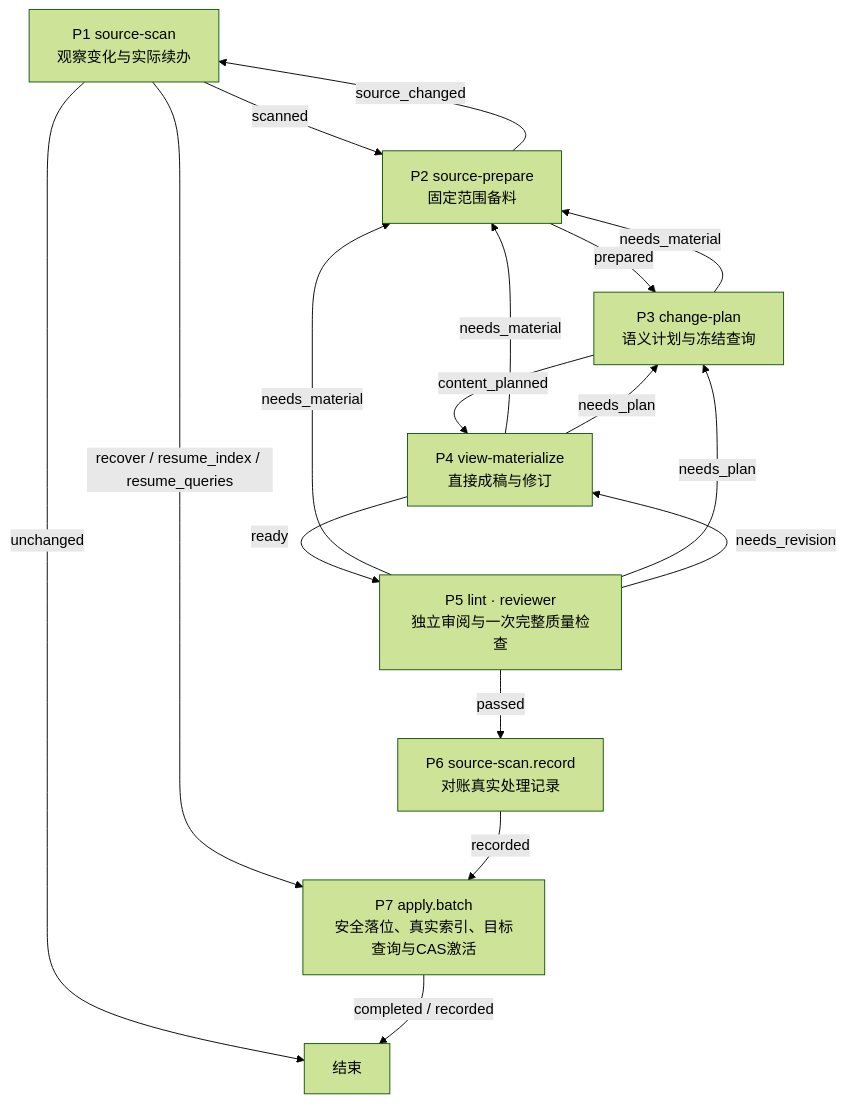
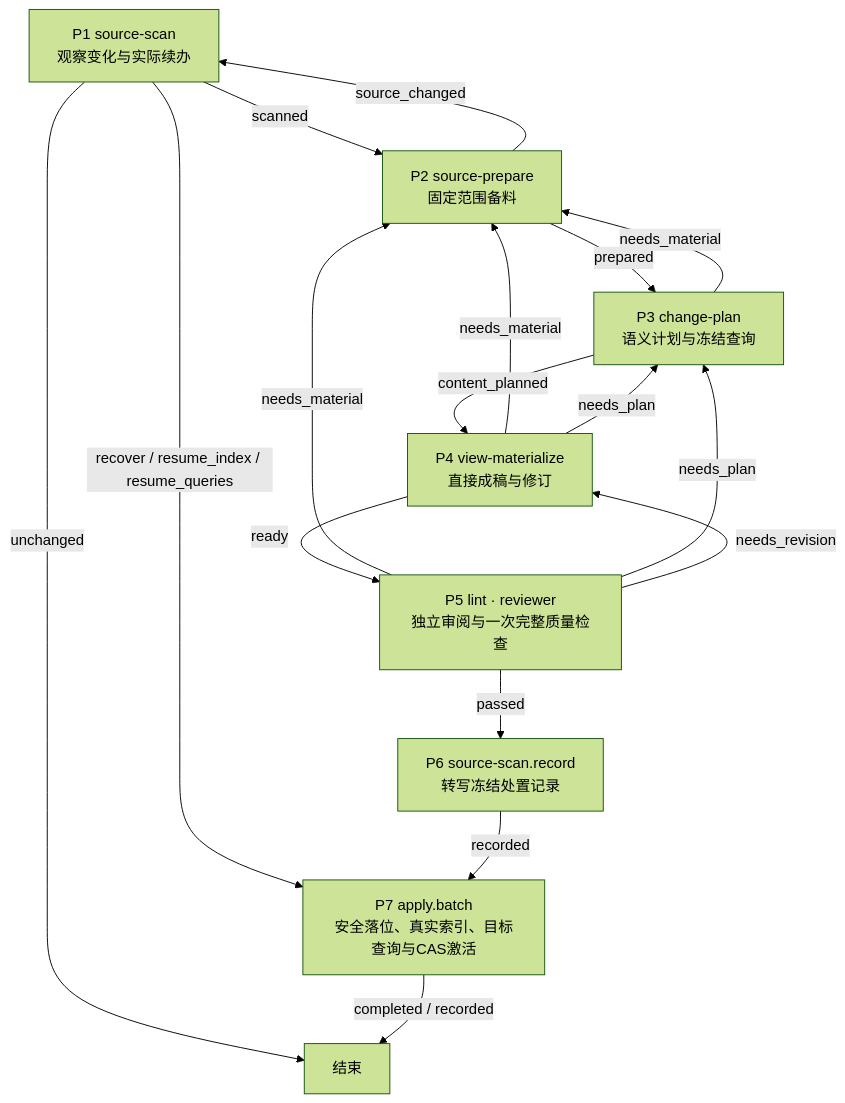
The fifth of 8 diagrams in himate-knowledge-wifi-mp/docs-llm-wiki/HiMate知识库架构设计.md (Robin-hhc/FactumCore), drawn with Mermaid (forest theme) before and after one commit. The commit also changed other lines of this file and 5 other files, not shown here.

````diff
--- a/himate-knowledge-wifi-mp/docs-llm-wiki/HiMate知识库架构设计.md
+++ b/himate-knowledge-wifi-mp/docs-llm-wiki/HiMate知识库架构设计.md
@@ -396,19 +396,19 @@
 ```mermaid
 flowchart TD
     P1["P1 source-scan<br/>观察变化与实际续办"] -->|scanned| P2["P2 source-prepare<br/>固定范围备料"]
     P1 -->|unchanged| END["结束"]
     P1 -->|recover / resume_index / resume_queries| P7
     P2 -->|prepared| P3["P3 change-plan<br/>语义计划与冻结查询"]
     P2 -->|source_changed| P1
     P3 -->|content_planned| P4["P4 view-materialize<br/>直接成稿与修订"]
     P3 -->|needs_material| P2
     P4 -->|ready| P5["P5 lint · reviewer<br/>独立审阅与一次完整质量检查"]
     P4 -->|needs_material| P2
     P4 -->|needs_plan| P3
     P5 -->|needs_material| P2
     P5 -->|needs_plan| P3
     P5 -->|needs_revision| P4
-    P5 -->|passed| P6["P6 source-scan.record<br/>对账真实处理记录"]
+    P5 -->|passed| P6["P6 source-scan.record<br/>转写冻结处置记录"]
     P6 -->|recorded| P7["P7 apply.batch<br/>安全落位、真实索引、目标查询与CAS激活"]
     P7 -->|completed / recorded| END
 ```
````
